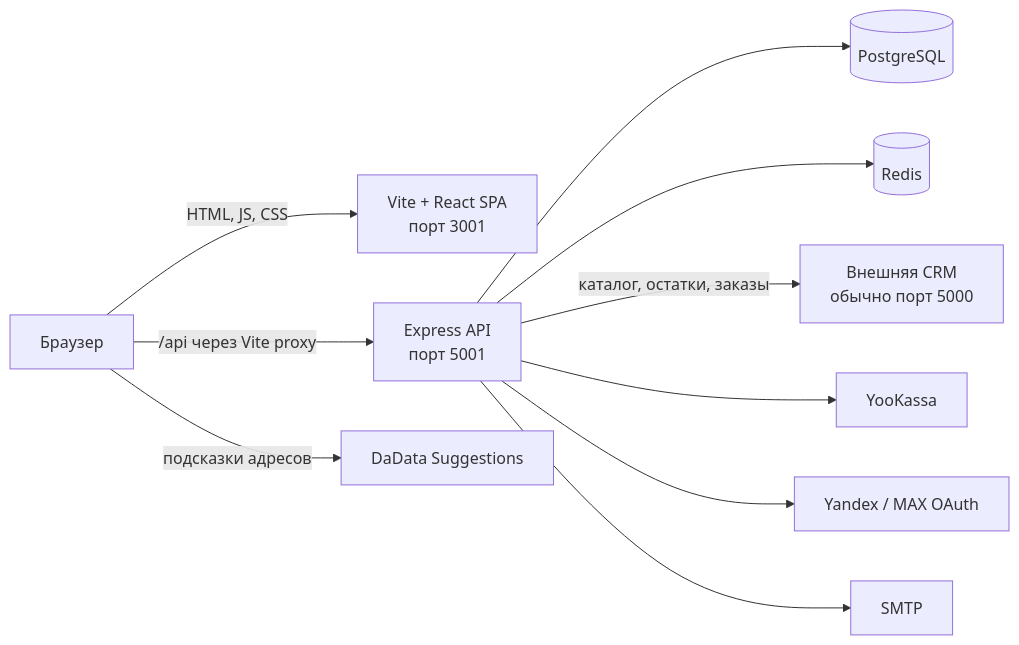
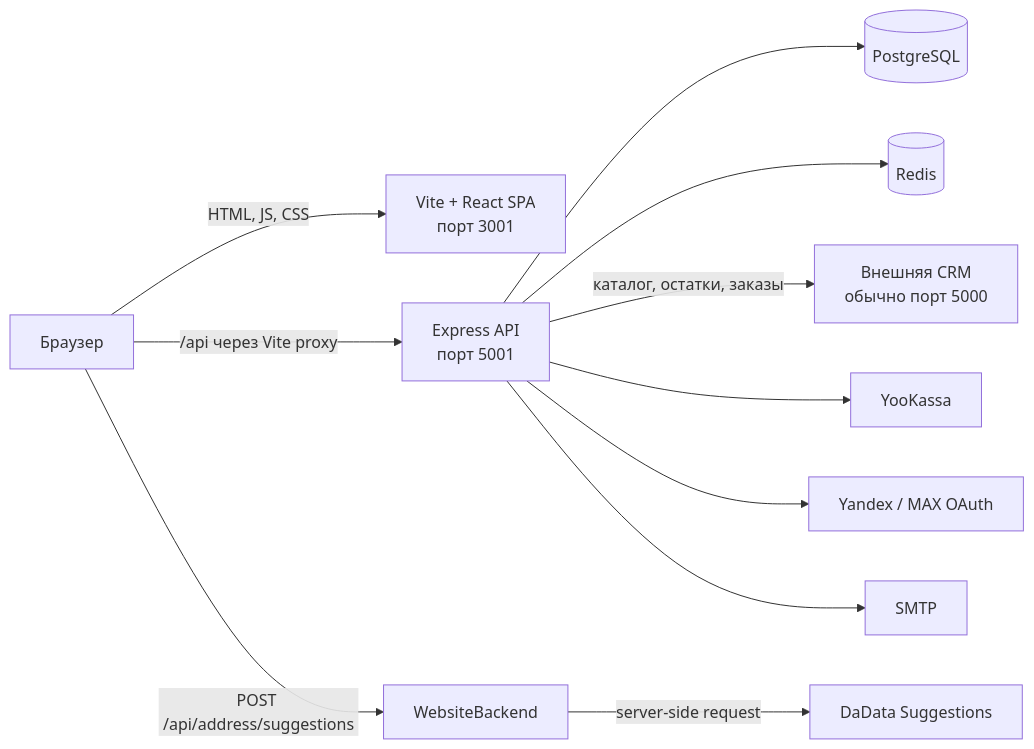
The first of 2 diagrams in ARCHITECTURE.md (Mikhail1708/swapservice38-website), drawn with Mermaid before and after one commit. The commit also changed other lines of this file and 257 other files, not shown here.

````diff
--- a/ARCHITECTURE.md
+++ b/ARCHITECTURE.md
@@ -16,12 +16,13 @@
 ```mermaid
 flowchart LR
     Browser[Браузер] -->|HTML, JS, CSS| Frontend[Vite + React SPA\nпорт 3001]
     Browser -->|/api через Vite proxy| API[Express API\nпорт 5001]
     API --> DB[(PostgreSQL)]
     API --> Redis[(Redis)]
     API -->|каталог, остатки, заказы| CRM[Внешняя CRM\nобычно порт 5000]
     API --> YooKassa[YooKassa]
     API --> OAuth[Yandex / MAX OAuth]
     API --> SMTP[SMTP]
-    Browser -->|подсказки адресов| DaData[DaData Suggestions]
+    Browser -->|POST /api/address/suggestions| WebsiteBackend
+    WebsiteBackend -->|server-side request| DaData[DaData Suggestions]
 ```
````
